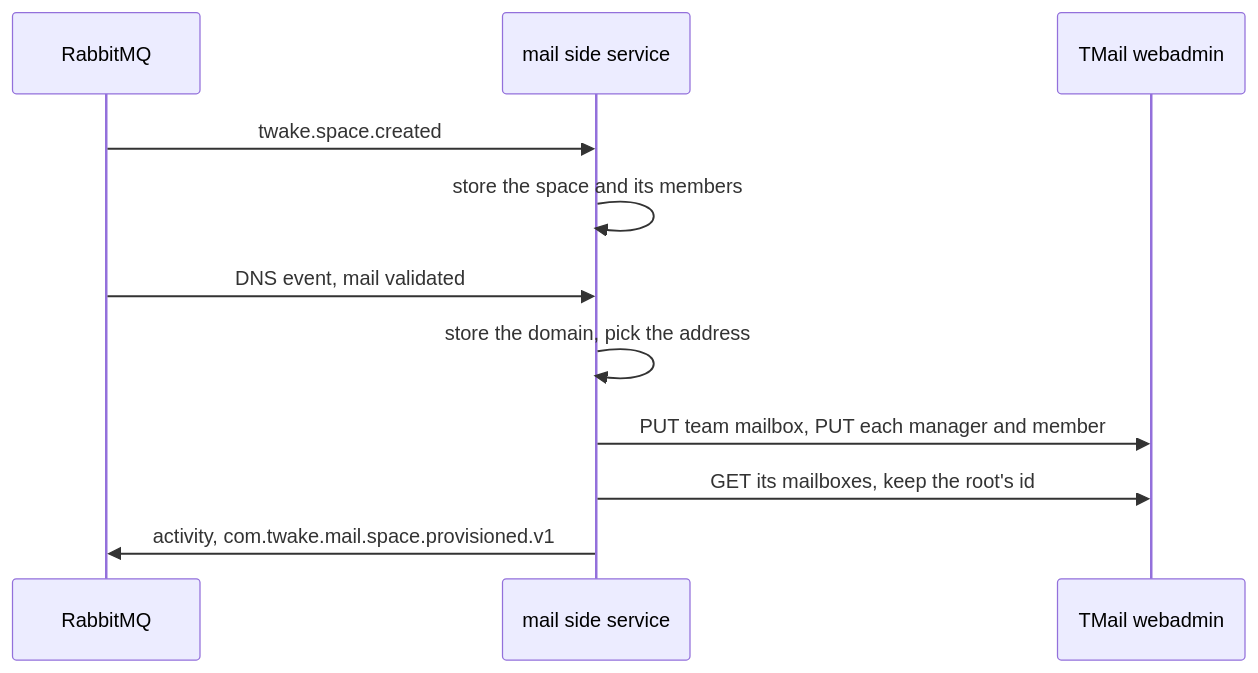
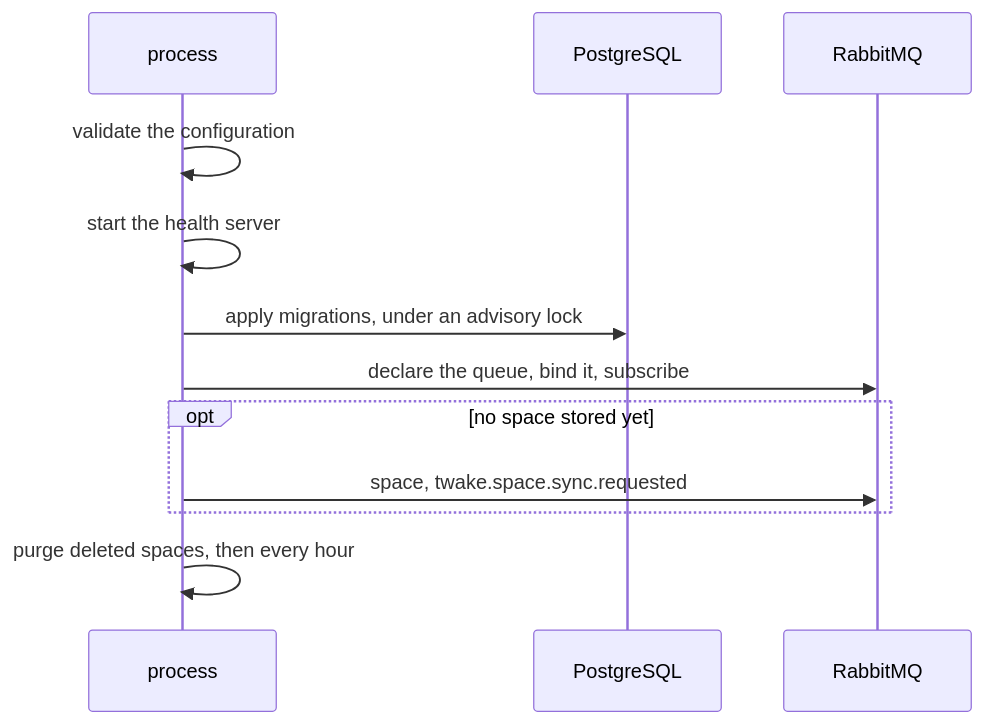
The third of 3 diagrams in docs/architecture.md (linagora/twake-mail-side-service), drawn with Mermaid before and after one commit. The commit also changed other lines of this file and 6 other files, not shown here.

Commit message:
docs: dependencies, events, team mailboxes and data model

````diff
--- a/docs/architecture.md
+++ b/docs/architecture.md
@@ -39,13 +48,14 @@
 ```mermaid
 sequenceDiagram
+  participant P as process
+  participant D as PostgreSQL
   participant R as RabbitMQ
-  participant M as mail side service
-  participant T as TMail webadmin
-  R->>M: twake.space.created
-  M->>M: store the space and its members
-  R->>M: DNS event, mail validated
-  M->>M: store the domain, pick the address
-  M->>T: PUT team mailbox, PUT each manager and member
-  M->>T: GET its mailboxes, keep the root's id
-  M->>R: activity, com.twake.mail.space.provisioned.v1
+  P->>P: validate the configuration
+  P->>P: start the health server
+  P->>D: apply migrations, under an advisory lock
+  P->>R: declare the queue, bind it, subscribe
+  opt no space stored yet
+    P->>R: space, twake.space.sync.requested
+  end
+  P->>P: purge deleted spaces, then every hour
 ```
````
